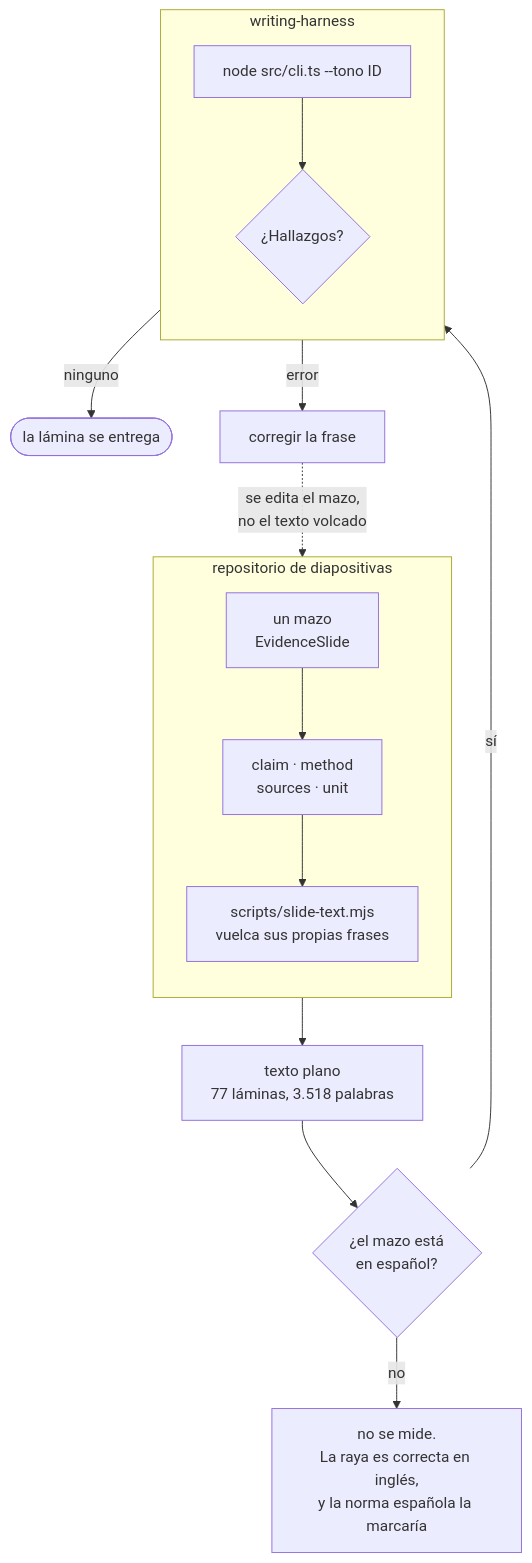
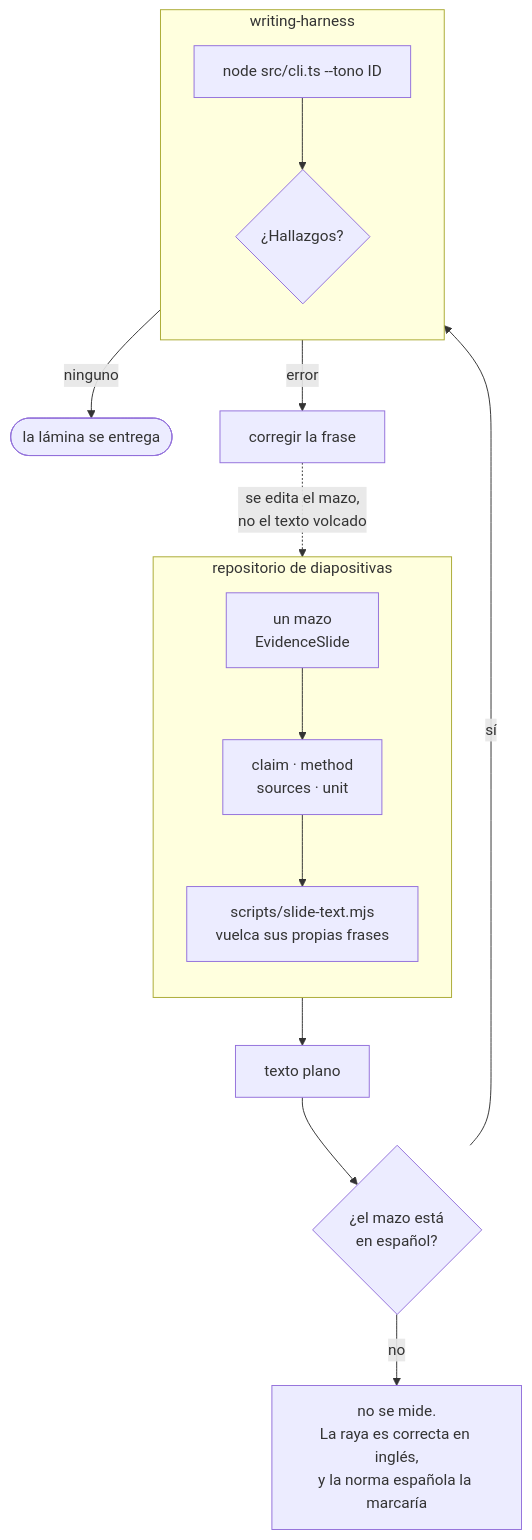
Before and after one commit to diegnghtmr/writing-harness: the fifth of 5 diagrams in README.md, drawn with Mermaid.

Commit message:
docs: quitar del diagrama una cifra que nadie puede comprobar desde aca
«77 laminas, 3.518 palabras» describe el estado del otro repositorio, y
este no tiene con que verificarlo ni forma de enterarse cuando cambie.
Ademas iba sin metodo al lado, que es justo lo que el contrato de
evidencia exige de cualquier cifra.

La observacion de los 66 errores se queda porque si trae su metodo:
dice sobre que se corrio y que se conto.

````diff
--- a/README.md
+++ b/README.md
@@ -305,26 +305,26 @@
 ```mermaid
 flowchart TB
     subgraph OS["repositorio de diapositivas"]
         direction TB
         M["un mazo<br/>EvidenceSlide"]
         M --> PR["claim · method<br/>sources · unit"]
         PR --> EX["scripts/slide-text.mjs<br/>vuelca sus propias frases"]
     end
 
-    EX --> TX["texto plano<br/>77 láminas, 3.518 palabras"]
+    EX --> TX["texto plano"]
     TX --> Q{"¿el mazo está<br/>en español?"}
 
     Q -->|"no"| NA["no se mide.<br/>La raya es correcta en inglés,<br/>y la norma española la marcaría"]
 
     Q -->|"sí"| WH
 
     subgraph WH["writing-harness"]
         direction TB
         V["node src/cli.ts --tono ID"]
         V --> H{"¿Hallazgos?"}
     end
 
     H -->|"ninguno"| OK(["la lámina se entrega"])
     H -->|"error"| FIX["corregir la frase"]
     FIX -.->|"se edita el mazo,<br/>no el texto volcado"| M
 ```
````
